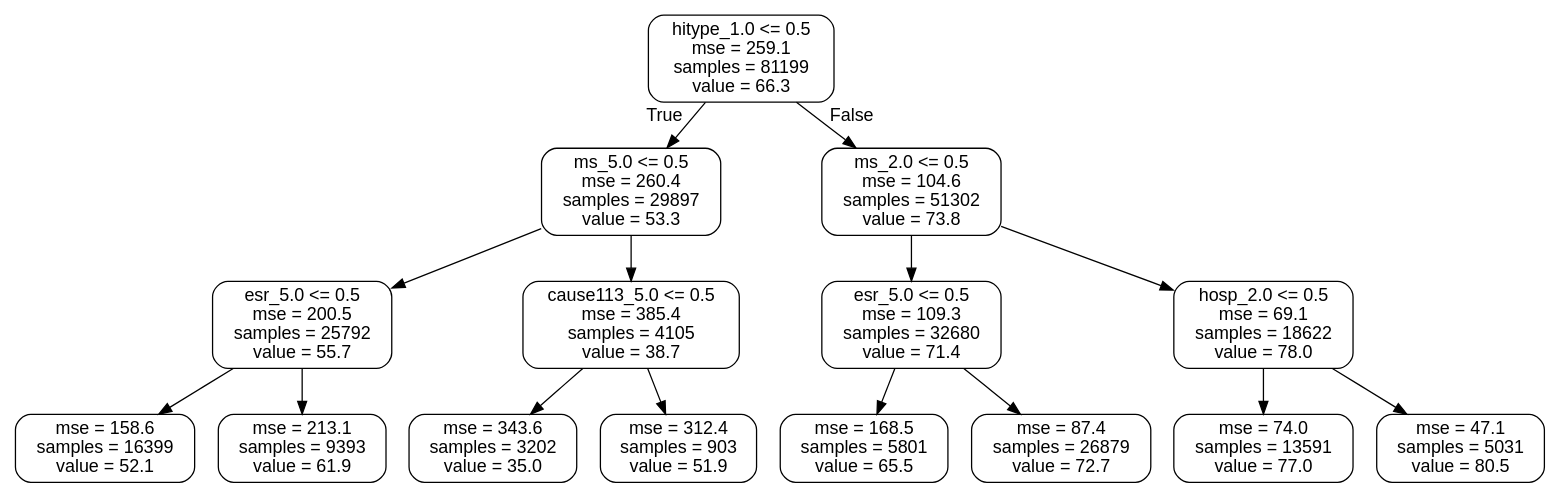
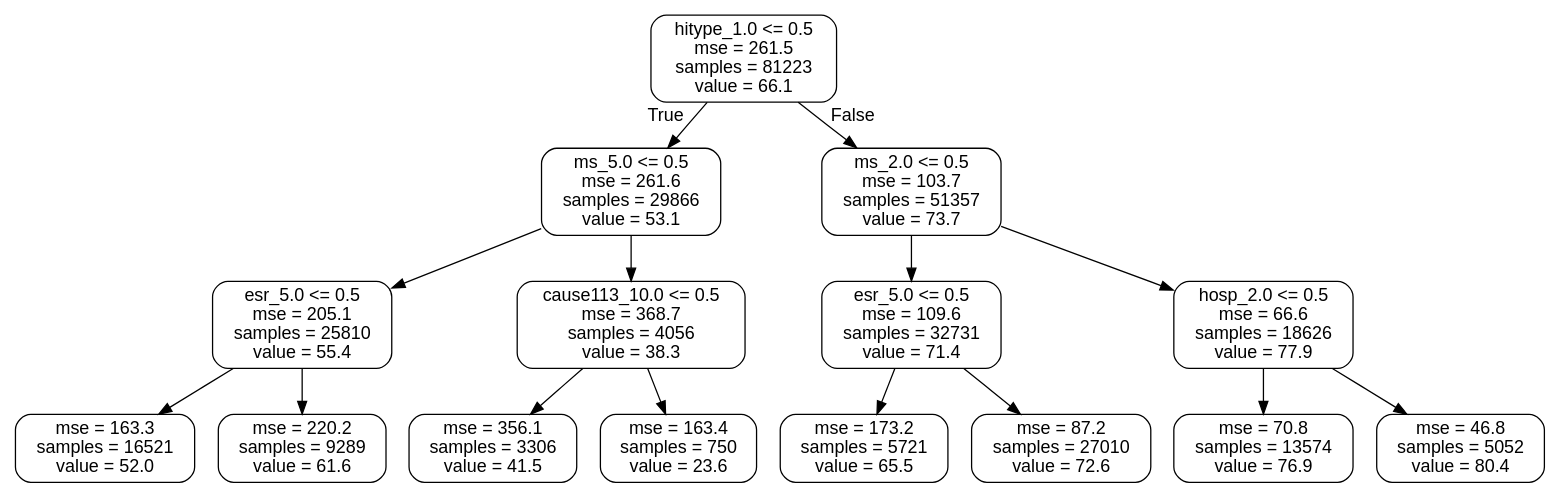
One commit to beckyepeters/life-expectancy-predictions changed the diagram in images/small_tree.dot. Above: the diagram before and after it, drawn with Graphviz. The commit also changed 18 other files, not shown here.

```diff
--- a/images/small_tree.dot
+++ b/images/small_tree.dot
@@ -1,33 +1,33 @@
 digraph Tree {
 node [shape=box, style="rounded", color="black", fontname=helvetica] ;
 edge [fontname=helvetica] ;
-0 [label="hitype_1.0 <= 0.5\nmse = 259.1\nsamples = 81199\nvalue = 66.3"] ;
-1 [label="ms_5.0 <= 0.5\nmse = 260.4\nsamples = 29897\nvalue = 53.3"] ;
+0 [label="hitype_1.0 <= 0.5\nmse = 261.5\nsamples = 81223\nvalue = 66.1"] ;
+1 [label="ms_5.0 <= 0.5\nmse = 261.6\nsamples = 29866\nvalue = 53.1"] ;
 0 -> 1 [labeldistance=2.5, labelangle=45, headlabel="True"] ;
-2 [label="esr_5.0 <= 0.5\nmse = 200.5\nsamples = 25792\nvalue = 55.7"] ;
+2 [label="esr_5.0 <= 0.5\nmse = 205.1\nsamples = 25810\nvalue = 55.4"] ;
 1 -> 2 ;
-3 [label="mse = 158.6\nsamples = 16399\nvalue = 52.1"] ;
+3 [label="mse = 163.3\nsamples = 16521\nvalue = 52.0"] ;
 2 -> 3 ;
-4 [label="mse = 213.1\nsamples = 9393\nvalue = 61.9"] ;
+4 [label="mse = 220.2\nsamples = 9289\nvalue = 61.6"] ;
 2 -> 4 ;
-5 [label="cause113_5.0 <= 0.5\nmse = 385.4\nsamples = 4105\nvalue = 38.7"] ;
+5 [label="cause113_10.0 <= 0.5\nmse = 368.7\nsamples = 4056\nvalue = 38.3"] ;
 1 -> 5 ;
-6 [label="mse = 343.6\nsamples = 3202\nvalue = 35.0"] ;
+6 [label="mse = 356.1\nsamples = 3306\nvalue = 41.5"] ;
 5 -> 6 ;
-7 [label="mse = 312.4\nsamples = 903\nvalue = 51.9"] ;
+7 [label="mse = 163.4\nsamples = 750\nvalue = 23.6"] ;
 5 -> 7 ;
-8 [label="ms_2.0 <= 0.5\nmse = 104.6\nsamples = 51302\nvalue = 73.8"] ;
+8 [label="ms_2.0 <= 0.5\nmse = 103.7\nsamples = 51357\nvalue = 73.7"] ;
 0 -> 8 [labeldistance=2.5, labelangle=-45, headlabel="False"] ;
-9 [label="esr_5.0 <= 0.5\nmse = 109.3\nsamples = 32680\nvalue = 71.4"] ;
+9 [label="esr_5.0 <= 0.5\nmse = 109.6\nsamples = 32731\nvalue = 71.4"] ;
 8 -> 9 ;
-10 [label="mse = 168.5\nsamples = 5801\nvalue = 65.5"] ;
+10 [label="mse = 173.2\nsamples = 5721\nvalue = 65.5"] ;
 9 -> 10 ;
-11 [label="mse = 87.4\nsamples = 26879\nvalue = 72.7"] ;
+11 [label="mse = 87.2\nsamples = 27010\nvalue = 72.6"] ;
 9 -> 11 ;
-12 [label="hosp_2.0 <= 0.5\nmse = 69.1\nsamples = 18622\nvalue = 78.0"] ;
+12 [label="hosp_2.0 <= 0.5\nmse = 66.6\nsamples = 18626\nvalue = 77.9"] ;
 8 -> 12 ;
-13 [label="mse = 74.0\nsamples = 13591\nvalue = 77.0"] ;
+13 [label="mse = 70.8\nsamples = 13574\nvalue = 76.9"] ;
 12 -> 13 ;
-14 [label="mse = 47.1\nsamples = 5031\nvalue = 80.5"] ;
+14 [label="mse = 46.8\nsamples = 5052\nvalue = 80.4"] ;
 12 -> 14 ;
 }
```
